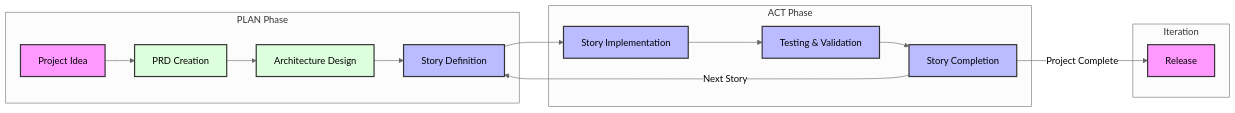
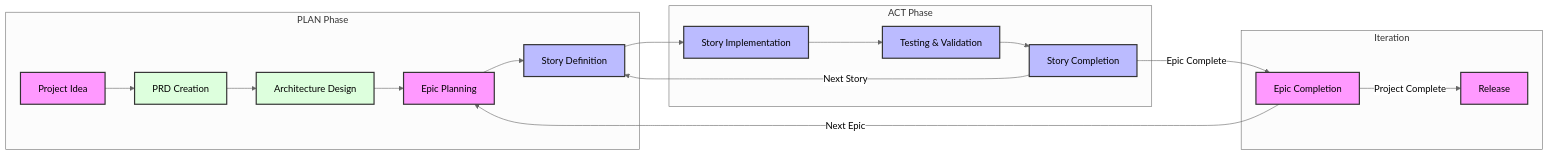
The third of 3 diagrams in readme.md (sparklepop/cursor-auto-rules-agile-workflow), drawn with Mermaid (neutral theme) before and after one commit. The commit also changed other lines of this file, not shown here.

Commit message:
docs: update README with Epic-level organization structure and hierarchy

````diff
--- a/readme.md
+++ b/readme.md
@@ -79,28 +154,33 @@
 ```mermaid
 graph LR
     subgraph PLAN Phase
         A[Project Idea] --> B[PRD Creation]
         B --> C[Architecture Design]
-        C --> D[Story Definition]
+        C --> D[Epic Planning]
+        D --> E[Story Definition]
     end
 
     subgraph ACT Phase
-        D --> E[Story Implementation]
-        E --> F[Testing & Validation]
-        F --> G[Story Completion]
+        E --> F[Story Implementation]
+        F --> G[Testing & Validation]
+        G --> H[Story Completion]
     end
 
     subgraph Iteration
-        G --> |Next Story|D
-        G --> |Project Complete|H[Release]
+        H --> |Next Story|E
+        H --> |Epic Complete|I[Epic Completion]
+        I --> |Next Epic|D
+        I --> |Project Complete|J[Release]
     end
 
     style A fill:#f9f,stroke:#333,stroke-width:2px
     style B fill:#dfd,stroke:#333,stroke-width:2px
     style C fill:#dfd,stroke:#333,stroke-width:2px
-    style D fill:#bbf,stroke:#333,stroke-width:2px
+    style D fill:#f9f,stroke:#333,stroke-width:2px
     style E fill:#bbf,stroke:#333,stroke-width:2px
     style F fill:#bbf,stroke:#333,stroke-width:2px
     style G fill:#bbf,stroke:#333,stroke-width:2px
-    style H fill:#f9f,stroke:#333,stroke-width:2px
+    style H fill:#bbf,stroke:#333,stroke-width:2px
+    style I fill:#f9f,stroke:#333,stroke-width:2px
+    style J fill:#f9f,stroke:#333,stroke-width:2px
 ```
````
